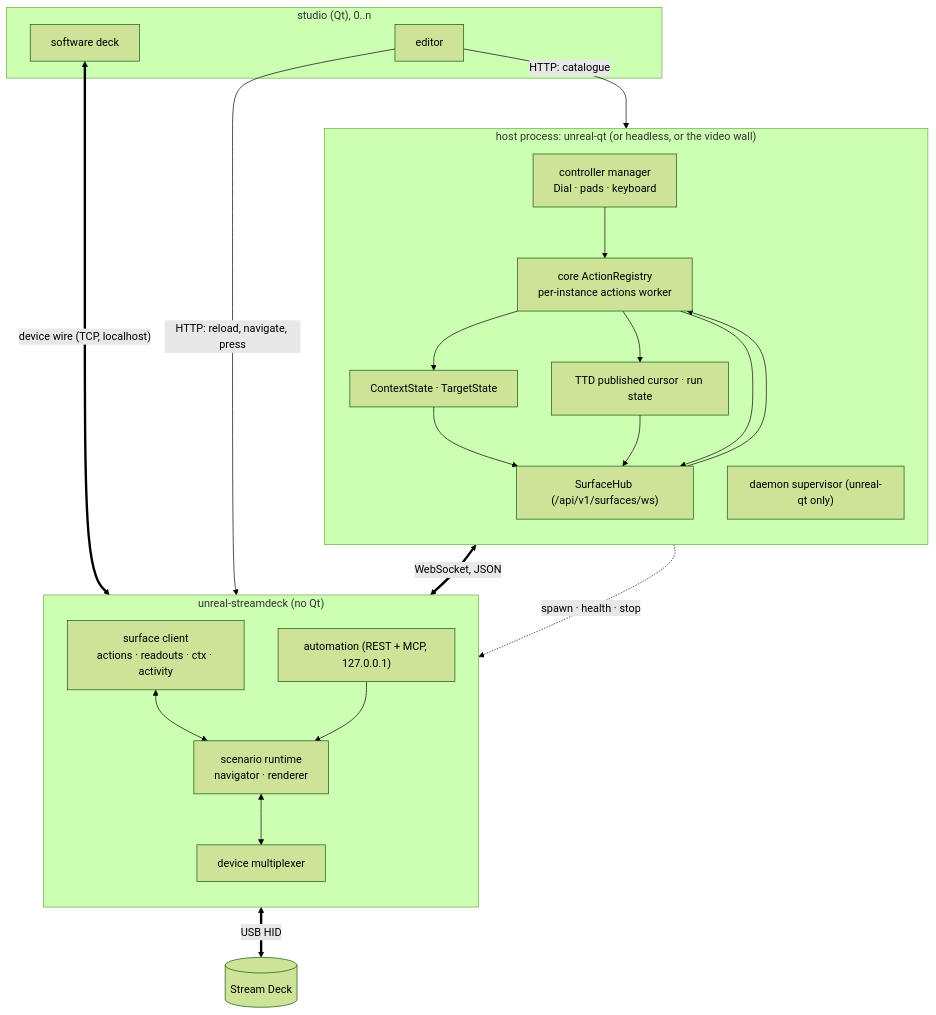
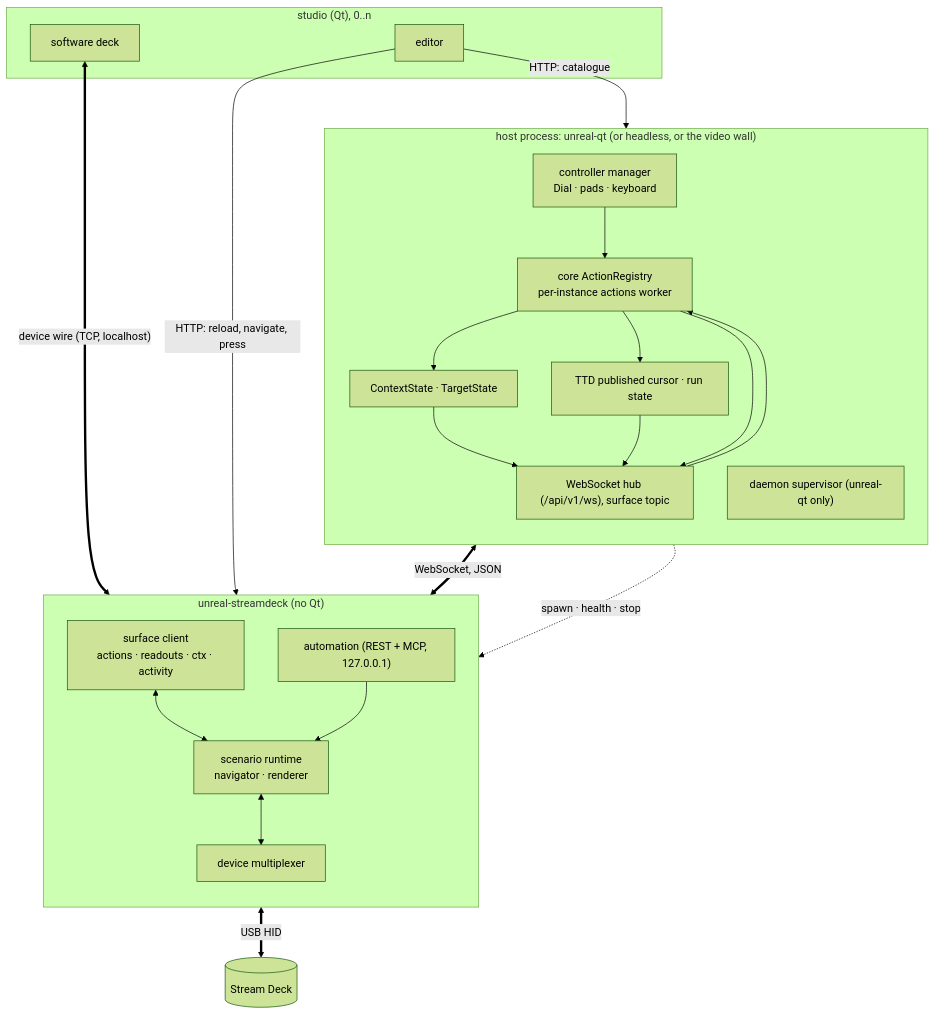
Before and after one commit to alfishe/unreal-ng: the first of 2 diagrams in docs/inprogress/2026-10-19-streamdeck-integration/architecture.md, drawn with Mermaid (forest theme). The commit also changed other lines of this file and 13 other files, not shown here.

First line of the commit message:
One WebSocket for every client; automation planes guideline

````diff
--- a/docs/inprogress/2026-10-19-streamdeck-integration/architecture.md
+++ b/docs/inprogress/2026-10-19-streamdeck-integration/architecture.md
@@ -39,35 +39,35 @@
 ```mermaid
 flowchart TB
     subgraph HOST["host process: unreal-qt (or headless, or the video wall)"]
         direction TB
         CM["controller manager<br/>Dial · pads · keyboard"]
         AR["core ActionRegistry<br/>per-instance actions worker"]
         CTX["ContextState · TargetState"]
         CUR["TTD published cursor · run state"]
-        HUB["SurfaceHub (/api/v1/surfaces/ws)"]
+        HUB["WebSocket hub (/api/v1/ws), surface topic"]
         SUP["daemon supervisor (unreal-qt only)"]
         CM --> AR
         AR --> CTX & CUR
         CTX & CUR & AR --> HUB
         HUB --> AR
     end
     subgraph D["unreal-streamdeck (no Qt)"]
         direction TB
         CON["surface client<br/>actions · readouts · ctx · activity"]
         RT["scenario runtime<br/>navigator · renderer"]
         MUX["device multiplexer"]
         API["automation (REST + MCP, 127.0.0.1)"]
         CON <--> RT <--> MUX
         API --> RT
     end
     subgraph S["studio (Qt), 0..n"]
         VD["software deck"]
         ED["editor"]
     end
     HUB <== "WebSocket, JSON" ==> CON
     MUX <== "USB HID" ==> DECK[("Stream Deck")]
     VD <== "device wire (TCP, localhost)" ==> MUX
     ED -- "HTTP: reload, navigate, press" --> API
     ED -- "HTTP: catalogue" --> HOST
     SUP -. "spawn · health · stop" .-> D
 ```
````
